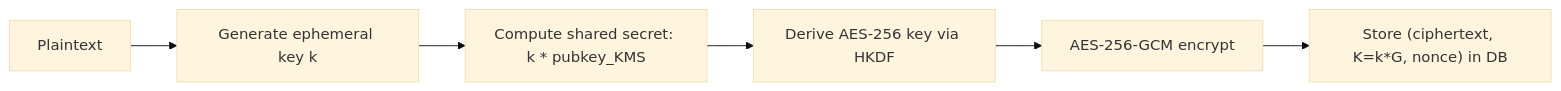
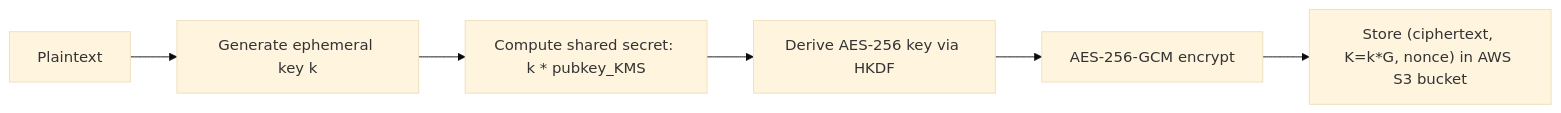
The second of 3 diagrams in src/protocol/handle-gateway.md (iExec-Nox/documentation), drawn with Mermaid (base theme) before and after one commit. The commit also changed other lines of this file, not shown here.

Commit message:
docs: improve mermaid diagrams in protocol/handle-gateway.md

````diff
--- a/src/protocol/handle-gateway.md
+++ b/src/protocol/handle-gateway.md
@@ -47,8 +47,8 @@
 ```mermaid
 flowchart LR
     A[Plaintext] --> B[Generate ephemeral key k]
     B --> C["Compute shared secret: k * pubkey_KMS"]
     C --> D[Derive AES-256 key via HKDF]
     D --> E[AES-256-GCM encrypt]
-    E --> F["Store (ciphertext, K=k*G, nonce) in DB"]
+    E --> F["Store (ciphertext, K=k*G, nonce) in AWS S3 bucket"]
 ```
````
